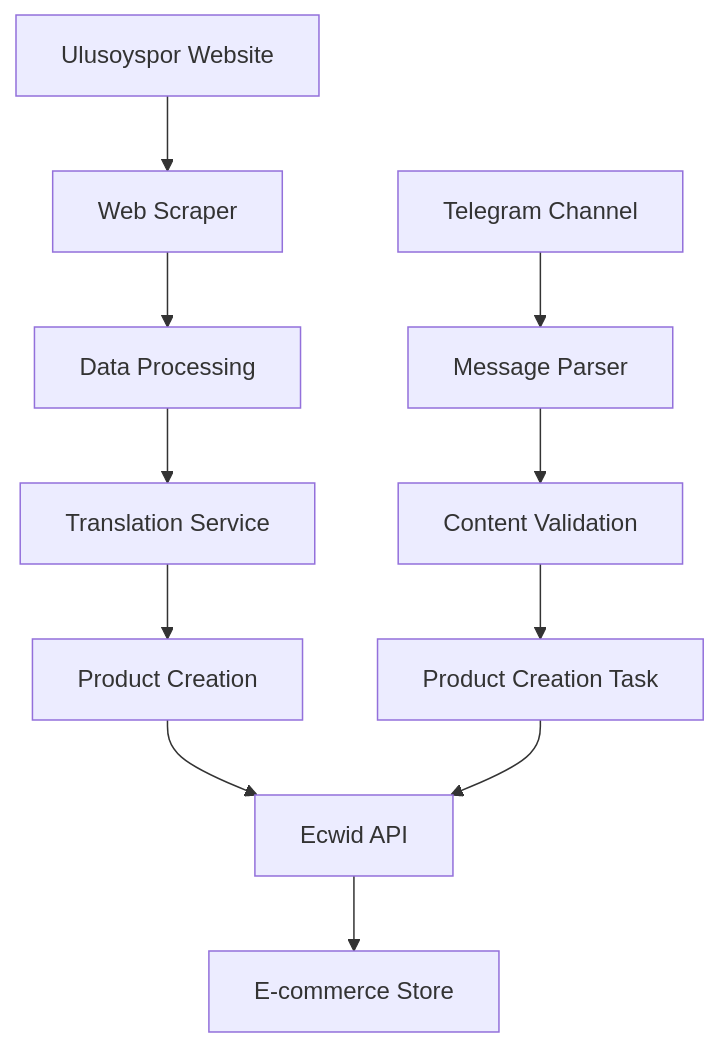
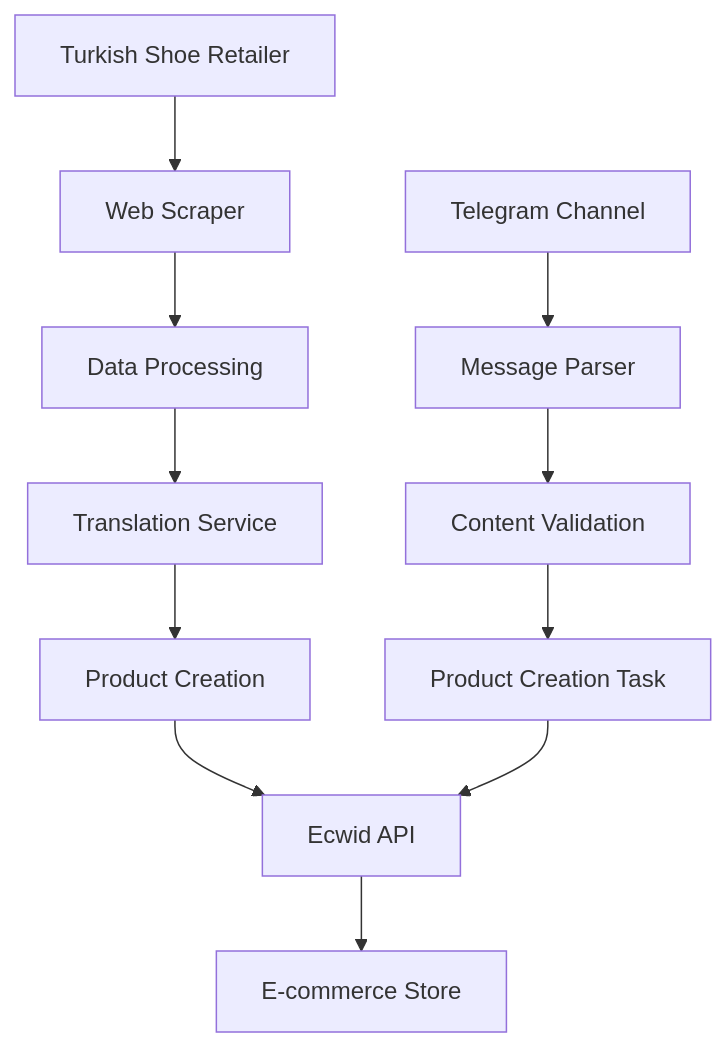
One commit to Great0S/Ulusoyspor-SC changed the diagram in README.md. Above: the diagram before and after it, drawn with Mermaid. The commit also changed other lines of this file, not shown here.

Commit message:
Update README.md to reflect project name change and clarify sourcing from Turkish shoe retailers

````diff
--- a/README.md
+++ b/README.md
@@ -298,14 +298,14 @@
 ```mermaid
 graph TD
-    A[Ulusoyspor Website] --> B[Web Scraper]
+    A[Turkish Shoe Retailer] --> B[Web Scraper]
     B --> C[Data Processing]
     C --> D[Translation Service]
     D --> E[Product Creation]
     E --> F[Ecwid API]
     F --> G[E-commerce Store]
     
     H[Telegram Channel] --> I[Message Parser]
     I --> J[Content Validation]
     J --> K[Product Creation Task]
     K --> F
 ```
````
